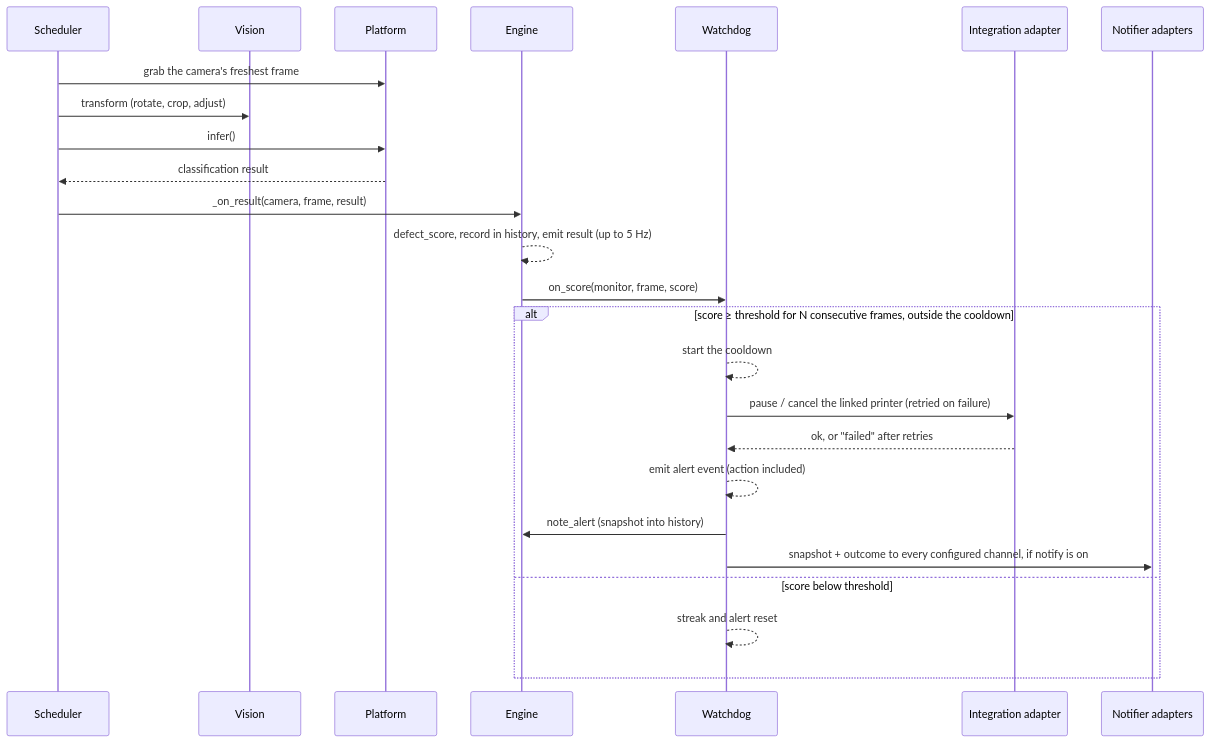
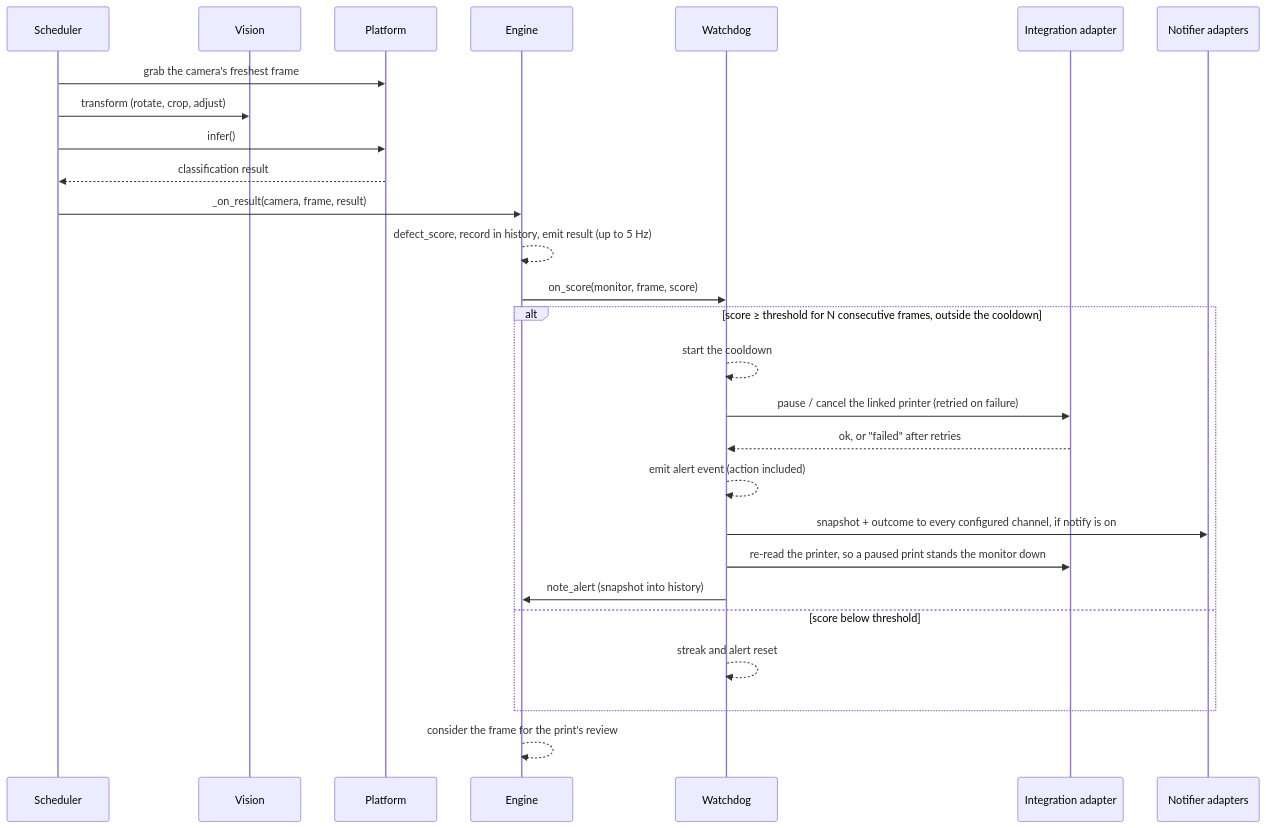
Before and after one commit to oliverbravery/PrintGuard: the third of 5 diagrams in docs/architecture.md, drawn with Mermaid. The commit also changed other lines of this file and 1 other file, not shown here.

````diff
--- a/docs/architecture.md
+++ b/docs/architecture.md
@@ -289,28 +295,30 @@
 ```mermaid
 sequenceDiagram
     participant S as Scheduler
     participant V as Vision
     participant P as Platform
     participant E as Engine
     participant W as Watchdog
     participant I as Integration adapter
     participant N as Notifier adapters
 
     S->>P: grab the camera's freshest frame
     S->>V: transform (rotate, crop, adjust)
     S->>P: infer()
     P-->>S: classification result
     S->>E: _on_result(camera, frame, result)
     E-->>E: defect_score, record in history, emit result (up to 5 Hz)
     E->>W: on_score(monitor, frame, score)
     alt score ≥ threshold for N consecutive frames, outside the cooldown
         W-->>W: start the cooldown
         W->>I: pause / cancel the linked printer (retried on failure)
         I-->>W: ok, or "failed" after retries
         W-->>W: emit alert event (action included)
+        W->>N: snapshot + outcome to every configured channel, if notify is on
+        W->>I: re-read the printer, so a paused print stands the monitor down
         W->>E: note_alert (snapshot into history)
-        W->>N: snapshot + outcome to every configured channel, if notify is on
     else score below threshold
         W-->>W: streak and alert reset
     end
+    E-->>E: consider the frame for the print's review
 ```
````
